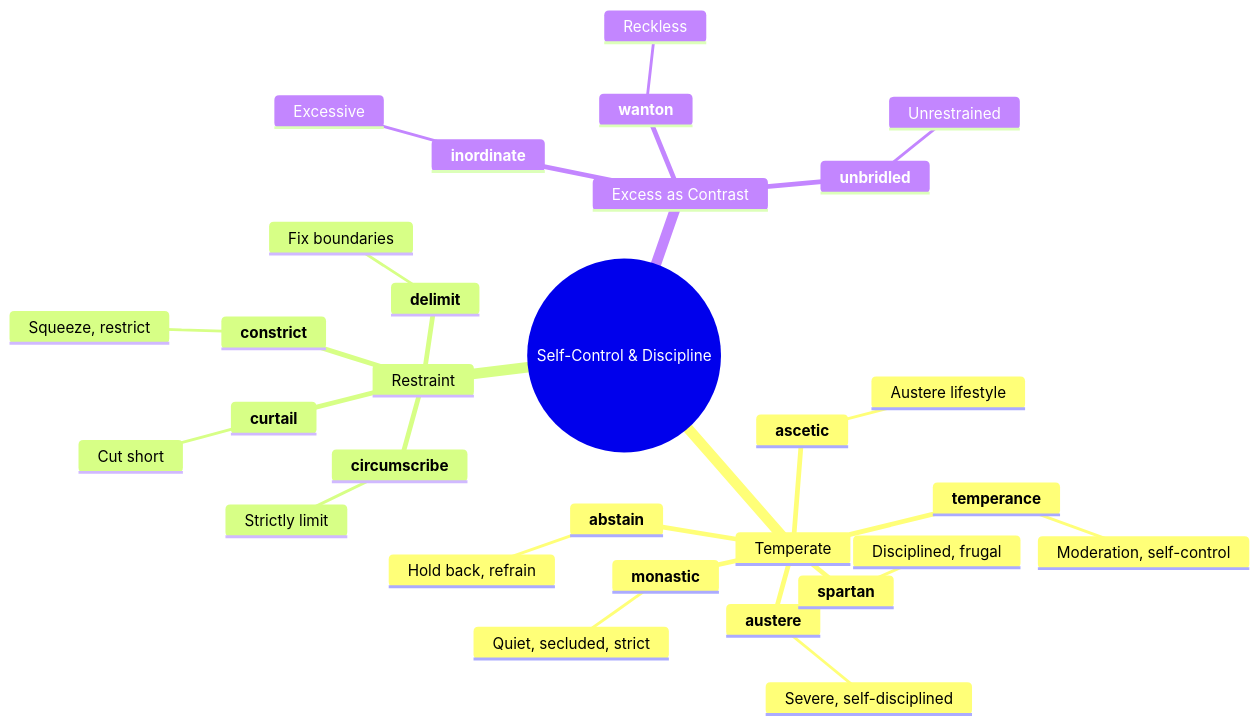
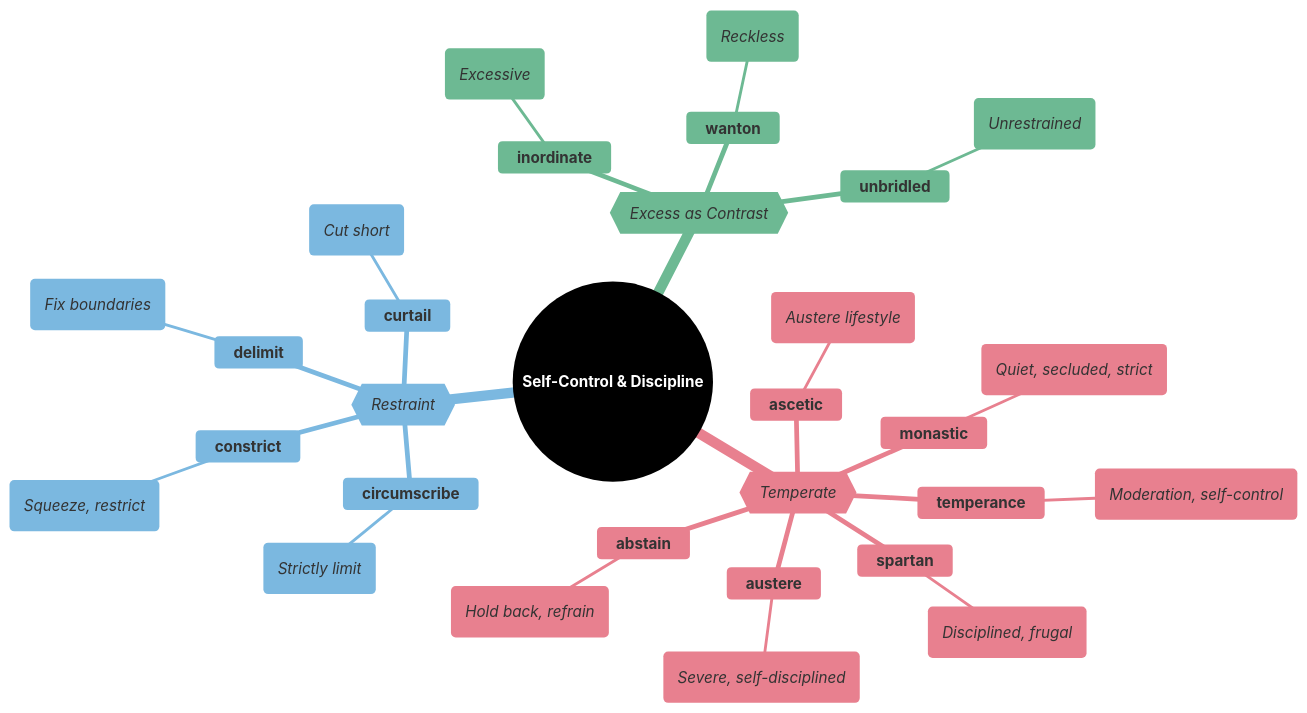
The second of 6 diagrams in mindmaps/20-moderation-and-restraint.md (95anantsingh/gre-preparation), drawn with Mermaid before and after one commit. The commit also changed other lines of this file and 14 other files, not shown here.

````diff
--- a/mindmaps/20-moderation-and-restraint.md
+++ b/mindmaps/20-moderation-and-restraint.md
@@ -180,33 +95,52 @@
 ```mermaid
+%%{
+  init: {
+    "theme": "base",
+    "themeVariables": {
+      "primaryColor": "#000000",
+      "cScale1": "#e8808f",  "cScaleInv1": "#a33445",
+      "cScale2": "#7bb8e0",  "cScaleInv2": "#266a93",
+      "cScale3": "#6db993",  "cScaleInv3": "#23543f",
+      "cScale4": "#f5d07a",  "cScaleInv4": "#c4903b",
+      "cScale5": "#b08fcc",  "cScaleInv5": "#5d3b75",
+      "cScale6": "#74dace",  "cScaleInv6": "#217d72",
+      "cScale7": "#f09570",  "cScaleInv7": "#b84112",
+      "cScale8": "#8ea8c2",  "cScaleInv8": "#32465e",
+      "cScale9": "#cc7fba",  "cScaleInv9": "#7d2868",
+      "cScale10": "#c99a78", "cScaleInv10": "#7c4e32",
+      "cScale11": "#a3a3a3", "cScaleInv11": "#3d3d3d"
+    }
+  }
+}%%
 mindmap
-  root((Self-Control & Discipline))
-    Temperate
+  root((<font color=white>**Self-Control & Discipline**</font>))
+    {{_Temperate_}}
       **temperance**
-        Moderation, self-control
+        (_Moderation, self-control_)
       **abstain**
-        Hold back, refrain
+        (_Hold back, refrain_)
       **ascetic**
-        Austere lifestyle
+        (_Austere lifestyle_)
       **monastic**
-        Quiet, secluded, strict
+        (_Quiet, secluded, strict_)
       **austere**
-        Severe, self-disciplined
+        (_Severe, self-disciplined_)
       **spartan**
-        Disciplined, frugal
-    Restraint
+        (_Disciplined, frugal_)
+    {{_Restraint_}}
       **circumscribe**
-        Strictly limit
+        (_Strictly limit_)
       **constrict**
-        Squeeze, restrict
+        (_Squeeze, restrict_)
       **delimit**
-        Fix boundaries
+        (_Fix boundaries_)
       **curtail**
-        Cut short
-    Excess as Contrast
+        (_Cut short_)
+    {{_Excess as Contrast_}}
       **inordinate**
-        Excessive
+        (_Excessive_)
       **wanton**
-        Reckless
+        (_Reckless_)
       **unbridled**
-        Unrestrained
+        (_Unrestrained_)
 ```
````
